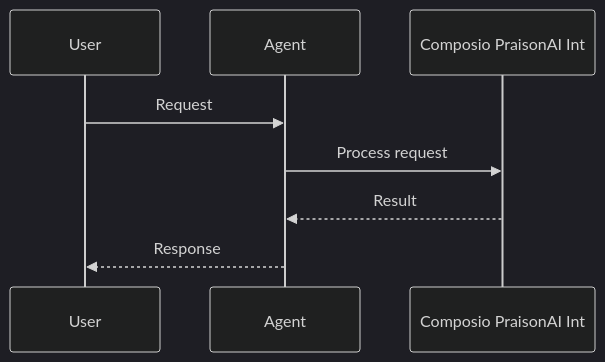
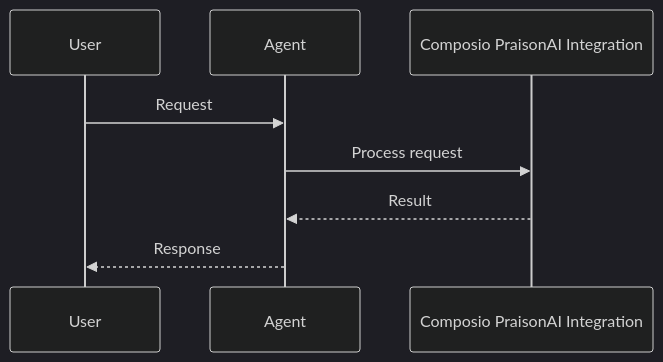
Before and after one commit to MervinPraison/PraisonAIDocs: the second of 2 diagrams in docs/tools/composio.mdx, drawn with Mermaid (dark theme). The commit also changed 45 other files, not shown here.

First line of the commit message:
docs: fix truncated Mermaid diagram feature names (22-char cutoff)

````diff
--- a/docs/tools/composio.mdx
+++ b/docs/tools/composio.mdx
@@ -35,11 +35,11 @@
 ```mermaid
 sequenceDiagram
     participant User
     participant Agent
-    participant Feature as Composio PraisonAI Int
+    participant Feature as Composio PraisonAI Integration
 
     User->>Agent: Request
     Agent->>Feature: Process request
     Feature-->>Agent: Result
     Agent-->>User: Response
 ```
````
